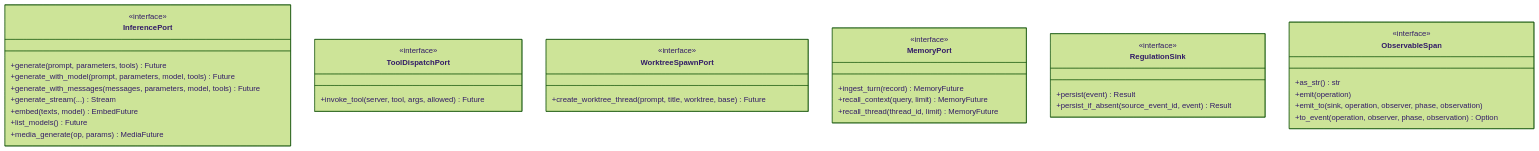
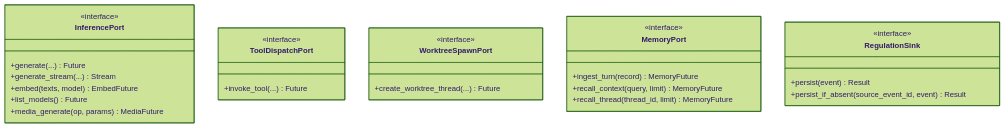
One commit to mdz-axo/zed-kask changed the third of 4 diagrams in kask/docs/diataxis/hkask-types/reference.md. Above: the diagram before and after it, drawn with Mermaid (forest theme). The commit also changed other lines of this file and 41 other files, not shown here.

````diff
--- a/kask/docs/diataxis/hkask-types/reference.md
+++ b/kask/docs/diataxis/hkask-types/reference.md
@@ -171,39 +187,30 @@
 ```mermaid
 classDiagram
     class InferencePort {
         <<interface>>
-        +generate(prompt, parameters, tools) Future
-        +generate_with_model(prompt, parameters, model, tools) Future
-        +generate_with_messages(messages, parameters, model, tools) Future
+        +generate(...) Future
         +generate_stream(...) Stream
         +embed(texts, model) EmbedFuture
         +list_models() Future
         +media_generate(op, params) MediaFuture
     }
     class ToolDispatchPort {
         <<interface>>
-        +invoke_tool(server, tool, args, allowed) Future
+        +invoke_tool(...) Future
     }
     class WorktreeSpawnPort {
         <<interface>>
-        +create_worktree_thread(prompt, title, worktree, base) Future
+        +create_worktree_thread(...) Future
     }
     class MemoryPort {
         <<interface>>
         +ingest_turn(record) MemoryFuture
         +recall_context(query, limit) MemoryFuture
         +recall_thread(thread_id, limit) MemoryFuture
     }
     class RegulationSink {
         <<interface>>
         +persist(event) Result
         +persist_if_absent(source_event_id, event) Result
     }
-    class ObservableSpan {
-        <<interface>>
-        +as_str() str
-        +emit(operation)
-        +emit_to(sink, operation, observer, phase, observation)
-        +to_event(operation, observer, phase, observation) Option
-    }
 ```
````
